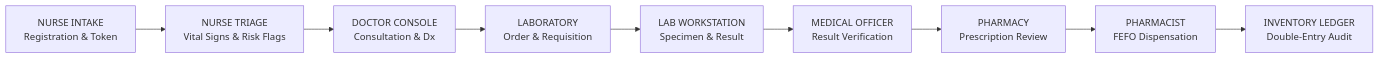
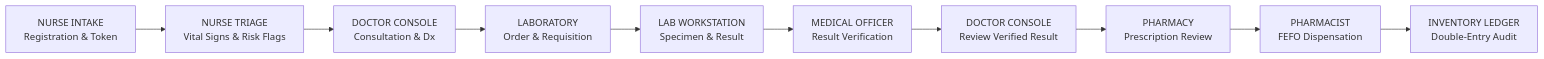
One commit to georgefernandaz2003/namma_clinic changed the diagram in docs/DEMO_DATASET.md. Above: the diagram before and after it, drawn with Mermaid. The commit also changed other lines of this file and 3 other files, not shown here.

````diff
--- a/docs/DEMO_DATASET.md
+++ b/docs/DEMO_DATASET.md
@@ -19,11 +20,12 @@
 ```mermaid
 flowchart LR
     A[NURSE INTAKE<br/>Registration & Token] --> B[NURSE TRIAGE<br/>Vital Signs & Risk Flags]
     B --> C[DOCTOR CONSOLE<br/>Consultation & Dx]
     C --> D[LABORATORY<br/>Order & Requisition]
     D --> E[LAB WORKSTATION<br/>Specimen & Result]
     E --> F[MEDICAL OFFICER<br/>Result Verification]
-    F --> G[PHARMACY<br/>Prescription Review]
-    G --> H[PHARMACIST<br/>FEFO Dispensation]
-    H --> I[INVENTORY LEDGER<br/>Double-Entry Audit]
+    F --> G[DOCTOR CONSOLE<br/>Review Verified Result]
+    G --> H[PHARMACY<br/>Prescription Review]
+    H --> I[PHARMACIST<br/>FEFO Dispensation]
+    I --> J[INVENTORY LEDGER<br/>Double-Entry Audit]
 ```
````
